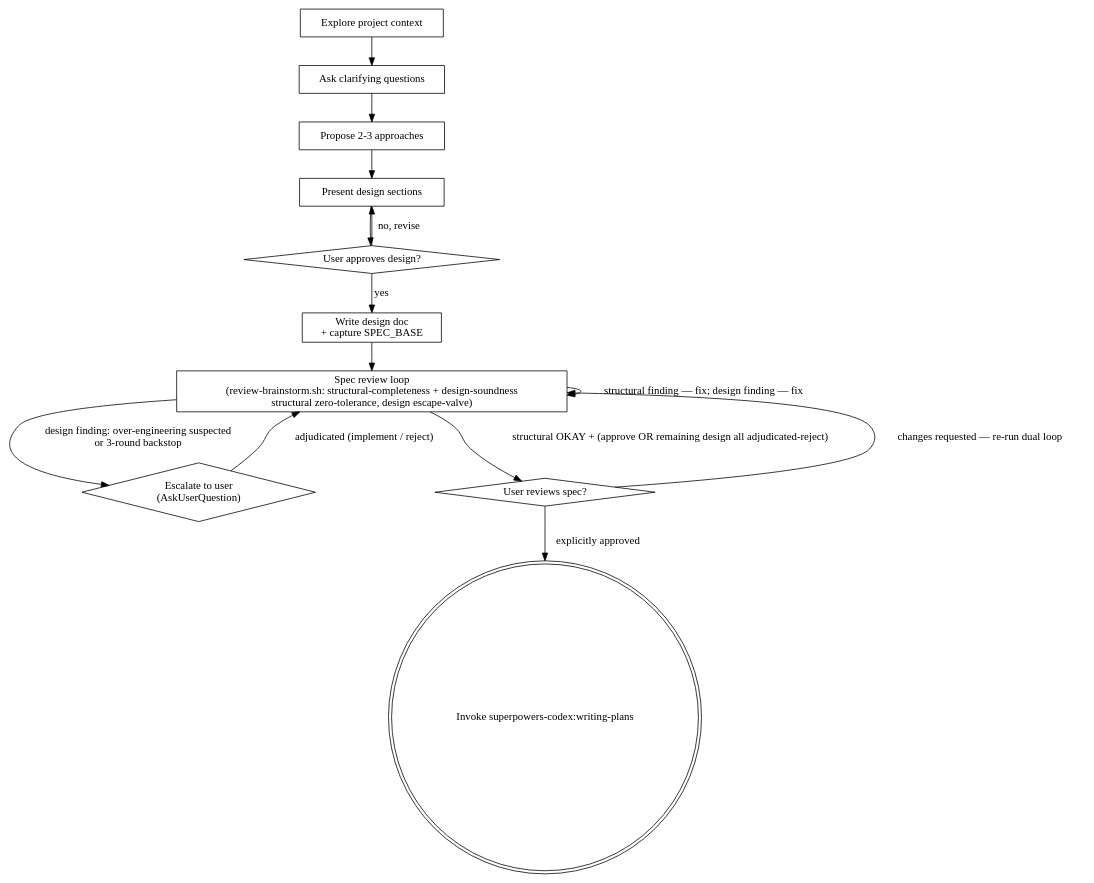
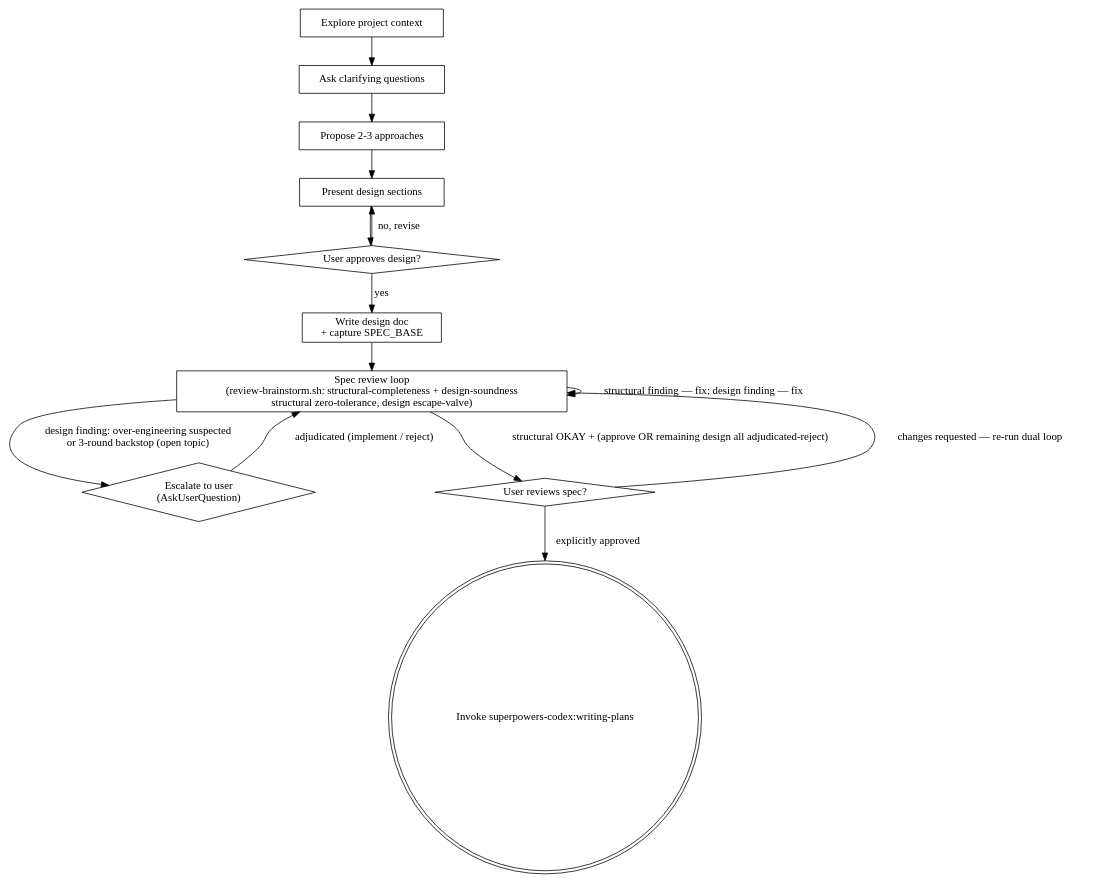
The diagram in docs/superpowers/plans/2026-07-11-review-loop-overengineering-escape-valve.md (stu43005/superpowers-codex), drawn with Graphviz before and after one commit. The commit also changed other lines of this file, not shown here.

First line of the commit message:
docs(plan): fix review round 3 - open-topic qualifier in checklist/diagram, executable IMPL_BASE check

````diff
--- a/docs/superpowers/plans/2026-07-11-review-loop-overengineering-escape-valve.md
+++ b/docs/superpowers/plans/2026-07-11-review-loop-overengineering-escape-valve.md
@@ -250,28 +250,28 @@
 ```dot
 digraph brainstorming {
     "Explore project context" [shape=box];
     "Ask clarifying questions" [shape=box];
     "Propose 2-3 approaches" [shape=box];
     "Present design sections" [shape=box];
     "User approves design?" [shape=diamond];
     "Write design doc\n+ capture SPEC_BASE" [shape=box];
     "Spec review loop\n(review-brainstorm.sh: structural-completeness + design-soundness\nstructural zero-tolerance, design escape-valve)" [shape=box];
     "Escalate to user\n(AskUserQuestion)" [shape=diamond];
     "User reviews spec?" [shape=diamond];
     "Invoke superpowers-codex:writing-plans" [shape=doublecircle];
 
     "Explore project context" -> "Ask clarifying questions";
     "Ask clarifying questions" -> "Propose 2-3 approaches";
     "Propose 2-3 approaches" -> "Present design sections";
     "Present design sections" -> "User approves design?";
     "User approves design?" -> "Present design sections" [label="no, revise"];
     "User approves design?" -> "Write design doc\n+ capture SPEC_BASE" [label="yes"];
     "Write design doc\n+ capture SPEC_BASE" -> "Spec review loop\n(review-brainstorm.sh: structural-completeness + design-soundness\nstructural zero-tolerance, design escape-valve)";
     "Spec review loop\n(review-brainstorm.sh: structural-completeness + design-soundness\nstructural zero-tolerance, design escape-valve)" -> "Spec review loop\n(review-brainstorm.sh: structural-completeness + design-soundness\nstructural zero-tolerance, design escape-valve)" [label="structural finding — fix; design finding — fix"];
-    "Spec review loop\n(review-brainstorm.sh: structural-completeness + design-soundness\nstructural zero-tolerance, design escape-valve)" -> "Escalate to user\n(AskUserQuestion)" [label="design finding: over-engineering suspected\nor 3-round backstop"];
+    "Spec review loop\n(review-brainstorm.sh: structural-completeness + design-soundness\nstructural zero-tolerance, design escape-valve)" -> "Escalate to user\n(AskUserQuestion)" [label="design finding: over-engineering suspected\nor 3-round backstop (open topic)"];
     "Escalate to user\n(AskUserQuestion)" -> "Spec review loop\n(review-brainstorm.sh: structural-completeness + design-soundness\nstructural zero-tolerance, design escape-valve)" [label="adjudicated (implement / reject)"];
     "Spec review loop\n(review-brainstorm.sh: structural-completeness + design-soundness\nstructural zero-tolerance, design escape-valve)" -> "User reviews spec?" [label="structural OKAY + (approve OR remaining design all adjudicated-reject)"];
     "User reviews spec?" -> "Spec review loop\n(review-brainstorm.sh: structural-completeness + design-soundness\nstructural zero-tolerance, design escape-valve)" [label="changes requested — re-run dual loop"];
     "User reviews spec?" -> "Invoke superpowers-codex:writing-plans" [label="explicitly approved"];
 }
 ```
````
